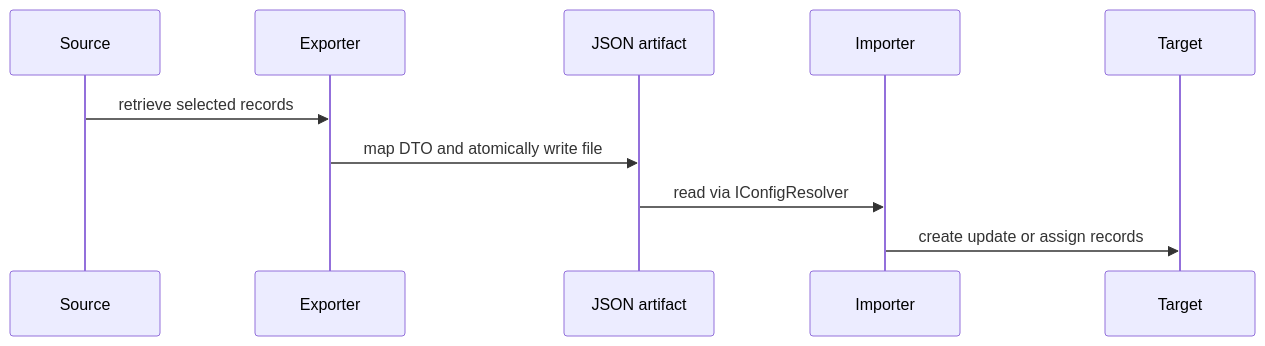
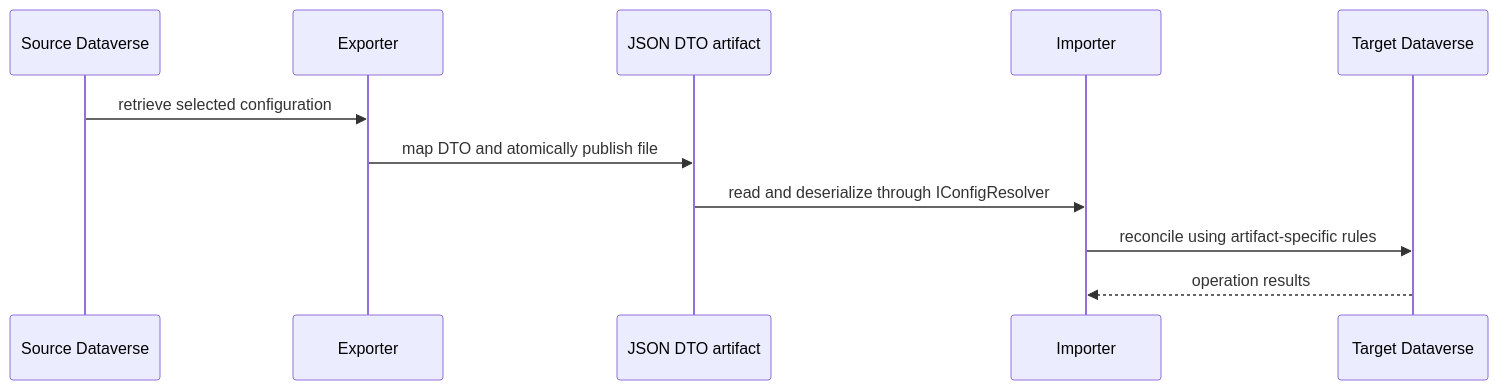
The diagram in openwiki/workflows/configuration-transfer.md (DIGITALLNature/DigitallPower), drawn with Mermaid before and after one commit. The commit also changed other lines of this file and 29 other files, not shown here.

````diff
--- a/openwiki/workflows/configuration-transfer.md
+++ b/openwiki/workflows/configuration-transfer.md
@@ -11,12 +54,13 @@
 ```mermaid
 sequenceDiagram
-    participant Source
+    participant Source as Source Dataverse
     participant Exporter
-    participant JSON as JSON artifact
+    participant Artifact as JSON DTO artifact
     participant Importer
-    participant Target
-    Source->>Exporter: retrieve selected records
-    Exporter->>JSON: map DTO and atomically write file
-    JSON->>Importer: read via IConfigResolver
-    Importer->>Target: create update or assign records
+    participant Target as Target Dataverse
+    Source->>Exporter: retrieve selected configuration
+    Exporter->>Artifact: map DTO and atomically publish file
+    Artifact->>Importer: read and deserialize through IConfigResolver
+    Importer->>Target: reconcile using artifact-specific rules
+    Target-->>Importer: operation results
 ```
````
